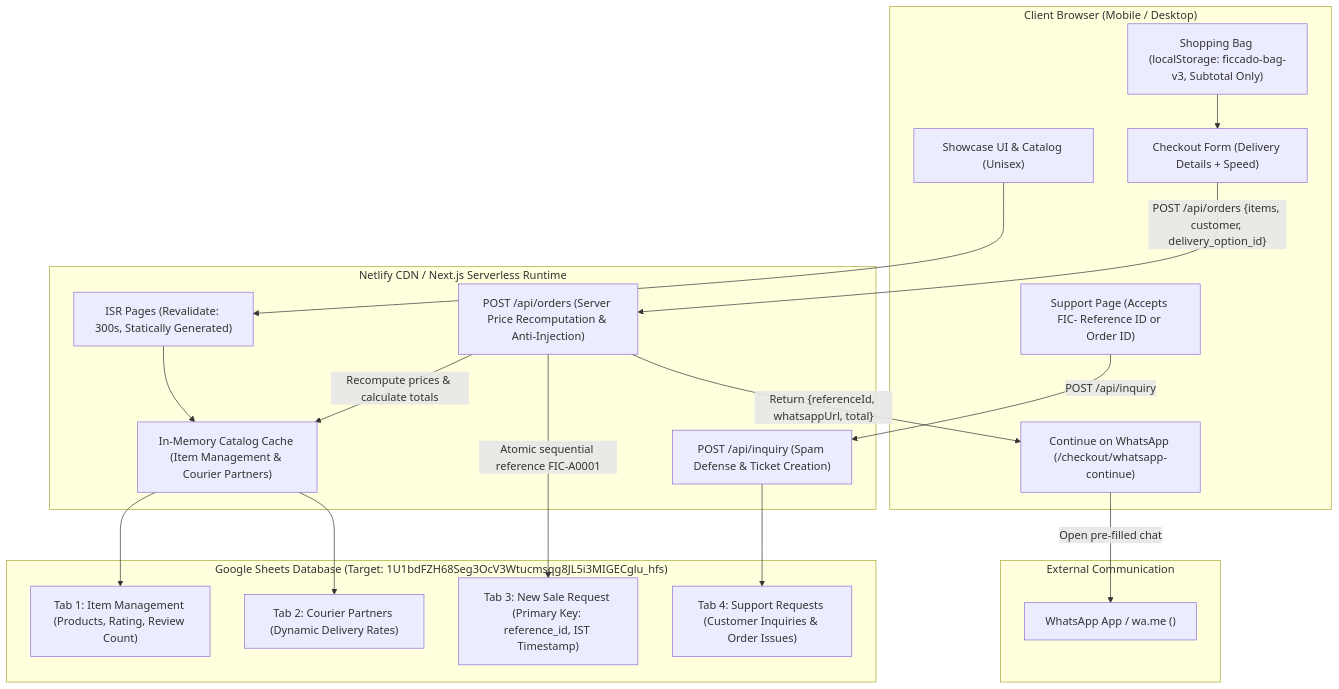
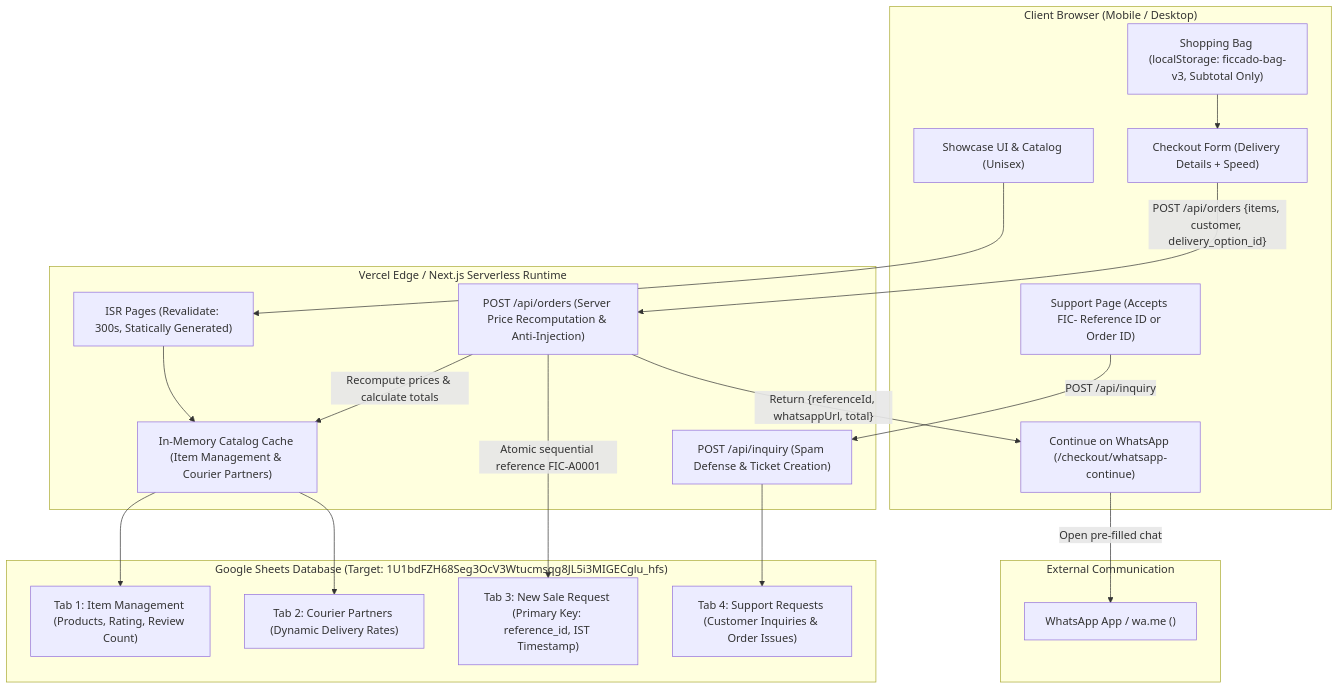
One commit to Arjun7945/Fic_Quick_WebSite changed the first of 2 diagrams in EXPANSION.md. Above: the diagram before and after it, drawn with Mermaid. The commit also changed other lines of this file and 65 other files, not shown here.

````diff
--- a/EXPANSION.md
+++ b/EXPANSION.md
@@ -17,41 +17,41 @@
 ```mermaid
 flowchart TD
     subgraph Client ["Client Browser (Mobile / Desktop)"]
         UI["Showcase UI & Catalog (Unisex)"]
         Bag["Shopping Bag (localStorage: ficcado-bag-v3, Subtotal Only)"]
         CheckoutForm["Checkout Form (Delivery Details + Speed)"]
         ContinuePage["Continue on WhatsApp (/checkout/whatsapp-continue)"]
         SupportForm["Support Page (Accepts FIC- Reference ID or Order ID)"]
     end
 
-    subgraph Edge ["Netlify CDN / Next.js Serverless Runtime"]
+    subgraph Edge ["Vercel Edge / Next.js Serverless Runtime"]
         ISR["ISR Pages (Revalidate: 300s, Statically Generated)"]
         OrdersAPI["POST /api/orders (Server Price Recomputation & Anti-Injection)"]
         InquiryAPI["POST /api/inquiry (Spam Defense & Ticket Creation)"]
         CatalogCache["In-Memory Catalog Cache (Item Management & Courier Partners)"]
     end
 
     subgraph GoogleSheets ["Google Sheets Database (Target: 1U1bdFZH68Seg3OcV3Wtucmsqg8JL5i3MIGECglu_hfs)"]
         Tab1["Tab 1: Item Management (Products, Rating, Review Count)"]
         Tab2["Tab 2: Courier Partners (Dynamic Delivery Rates)"]
         Tab3["Tab 3: New Sale Request (Primary Key: reference_id, IST Timestamp)"]
         Tab4["Tab 4: Support Requests (Customer Inquiries & Order Issues)"]
     end
 
     subgraph External ["External Communication"]
         WhatsApp["WhatsApp App / wa.me (<WHATSAPP_NUMBER>)"]
     end
 
     UI --> ISR
     ISR --> CatalogCache
     CatalogCache --> Tab1
     CatalogCache --> Tab2
     Bag --> CheckoutForm
     CheckoutForm -->|"POST /api/orders {items, customer, delivery_option_id}"| OrdersAPI
     OrdersAPI -->|"Recompute prices & calculate totals"| CatalogCache
     OrdersAPI -->|"Atomic sequential reference FIC-A0001"| Tab3
     OrdersAPI -->|"Return {referenceId, whatsappUrl, total}"| ContinuePage
     ContinuePage -->|"Open pre-filled chat"| WhatsApp
     SupportForm -->|"POST /api/inquiry"| InquiryAPI
     InquiryAPI --> Tab4
 ```
````
